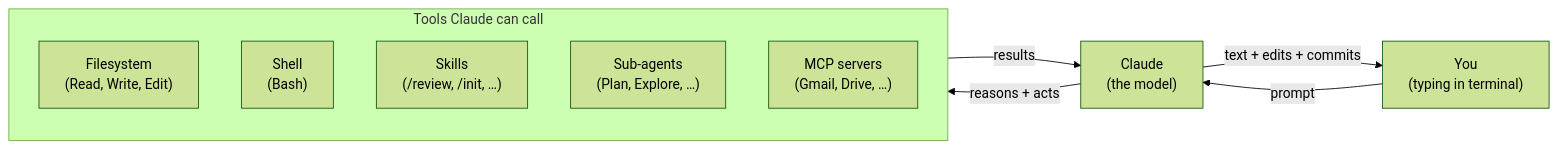
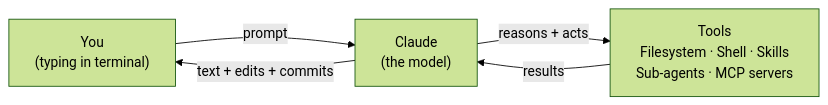
The diagram in claude-code-workflow/README.md (joshuawjulian/howtos), drawn with Mermaid (forest theme) before and after one commit. The commit also changed 11 other files, not shown here.

````diff
--- a/claude-code-workflow/README.md
+++ b/claude-code-workflow/README.md
@@ -58,19 +58,11 @@
 ```mermaid
 flowchart LR
     user["You<br/>(typing in terminal)"]
     claude["Claude<br/>(the model)"]
-
-    subgraph tools["Tools Claude can call"]
-        direction TB
-        fs["Filesystem<br/>(Read, Write, Edit)"]
-        bash["Shell<br/>(Bash)"]
-        skill["Skills<br/>(/review, /init, …)"]
-        sub["Sub-agents<br/>(Plan, Explore, …)"]
-        mcp["MCP servers<br/>(Gmail, Drive, …)"]
-    end
+    tools["Tools<br/>Filesystem · Shell · Skills<br/>Sub-agents · MCP servers"]
 
     user -->|"prompt"| claude
     claude -->|"reasons + acts"| tools
     tools -->|"results"| claude
     claude -->|"text + edits + commits"| user
 ```
````
